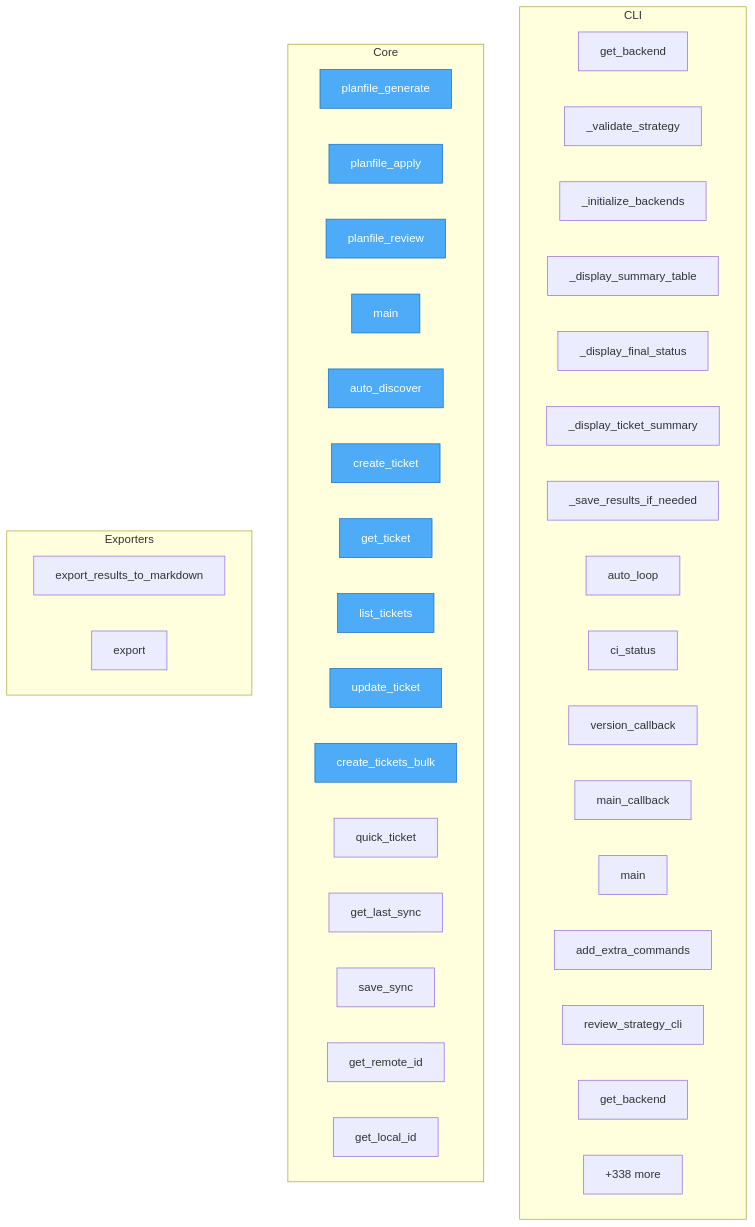
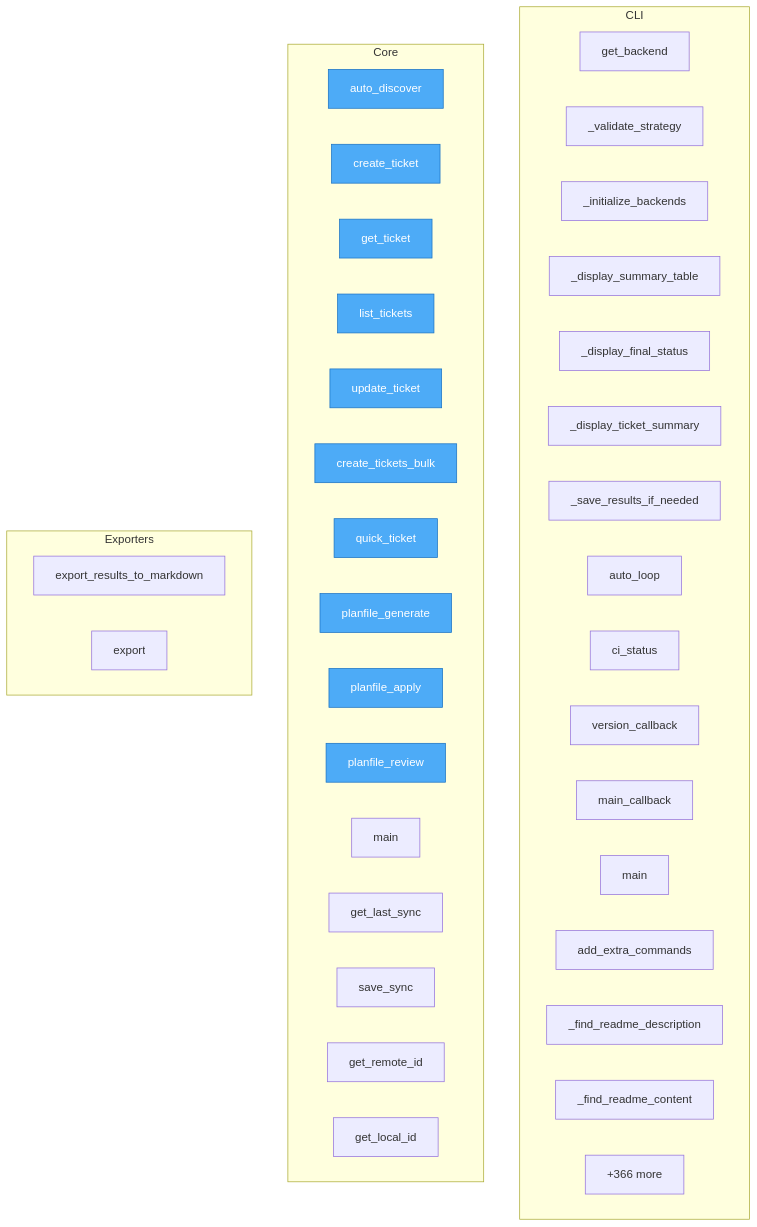
Before and after one commit to semcod/planfile: the diagram in project/flow.mmd, drawn with Mermaid. The commit also changed 36 other files, not shown here.

```diff
--- a/project/flow.mmd
+++ b/project/flow.mmd
@@ -1,49 +1,49 @@
 flowchart TD
 
     %% Entry points (blue)
     classDef entry fill:#4dabf7,stroke:#1971c2,color:#fff
 
     subgraph CLI
         planfile__cli__auto_loop__get_backend["get_backend"]
         planfile__cli__auto_loop___validate_strategy["_validate_strategy"]
         planfile__cli__auto_loop___initialize_backends["_initialize_backends"]
         planfile__cli__auto_loop___display_summary_table["_display_summary_table"]
         planfile__cli__auto_loop___display_final_status["_display_final_status"]
         planfile__cli__auto_loop___display_ticket_summary["_display_ticket_summary"]
         planfile__cli__auto_loop___save_results_if_needed["_save_results_if_needed"]
         planfile__cli__auto_loop__auto_loop["auto_loop"]
         planfile__cli__auto_loop__ci_status["ci_status"]
         planfile__cli__commands__version_callback["version_callback"]
         planfile__cli__commands__main_callback["main_callback"]
         planfile__cli__commands__main["main"]
         planfile__cli__extra_commands__add_extra_commands["add_extra_commands"]
-        planfile__cli__cmd__cmd_review__review_strategy_cli["review_strategy_cli"]
-        planfile__cli__cmd__cmd_utils__get_backend["get_backend"]
-        ...["+55 more"]
+        planfile__cli__project_detector___find_readme_description["_find_readme_description"]
+        planfile__cli__project_detector___find_readme_content["_find_readme_content"]
+        ...["+57 more"]
     end
 
     subgraph Core
-        mcp_server_example__planfile_generate["planfile_generate"]
-        mcp_server_example__planfile_apply["planfile_apply"]
-        mcp_server_example__planfile_review["planfile_review"]
-        mcp_server_example__main["main"]
         planfile__Planfile__auto_discover["auto_discover"]
         planfile__Planfile__create_ticket["create_ticket"]
         planfile__Planfile__get_ticket["get_ticket"]
         planfile__Planfile__list_tickets["list_tickets"]
         planfile__Planfile__update_ticket["update_ticket"]
         planfile__Planfile__create_tickets_bulk["create_tickets_bulk"]
         planfile__quick_ticket["quick_ticket"]
+        mcp_server_example__planfile_generate["planfile_generate"]
+        mcp_server_example__planfile_apply["planfile_apply"]
+        mcp_server_example__planfile_review["planfile_review"]
+        mcp_server_example__main["main"]
         planfile__sync__state__SyncState__get_last_sync["get_last_sync"]
         planfile__sync__state__SyncState__save_sync["save_sync"]
         planfile__sync__state__SyncState__get_remote_id["get_remote_id"]
         planfile__sync__state__SyncState__get_local_id["get_local_id"]
-        ...["+338 more"]
+        ...["+366 more"]
     end
 
     subgraph Exporters
         planfile__loaders__cli_loader__export_results_to_markdown["export_results_to_markdown"]
         planfile__core__models__Strategy__export["export"]
     end
 
-    class mcp_server_example__planfile_generate,mcp_server_example__planfile_apply,mcp_server_example__planfile_review,mcp_server_example__main,planfile__Planfile__auto_discover,planfile__Planfile__create_ticket,planfile__Planfile__get_ticket,planfile__Planfile__list_tickets,planfile__Planfile__update_ticket,planfile__Planfile__create_tickets_bulk entry
+    class planfile__Planfile__auto_discover,planfile__Planfile__create_ticket,planfile__Planfile__get_ticket,planfile__Planfile__list_tickets,planfile__Planfile__update_ticket,planfile__Planfile__create_tickets_bulk,planfile__quick_ticket,mcp_server_example__planfile_generate,mcp_server_example__planfile_apply,mcp_server_example__planfile_review entry
```
